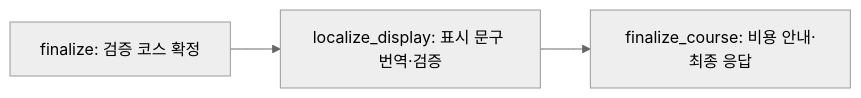
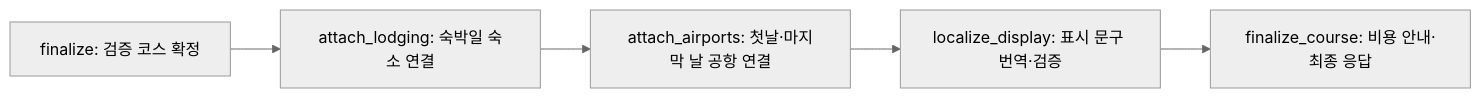
One commit to Software-Maestro-GTA/Yeolo-AI changed the diagram in docs/course-transport.md. Above: the diagram before and after it, drawn with Mermaid (neutral theme). The commit also changed other lines of this file and 1 other file, not shown here.

````diff
--- a/docs/course-transport.md
+++ b/docs/course-transport.md
@@ -97,5 +97,7 @@
 ```mermaid
 flowchart LR
-    finalize[finalize: 검증 코스 확정] --> localize[localize_display: 표시 문구 번역·검증]
+    finalize[finalize: 검증 코스 확정] --> lodging[attach_lodging: 숙박일 숙소 연결]
+    lodging --> airports[attach_airports: 첫날·마지막 날 공항 연결]
+    airports --> localize[localize_display: 표시 문구 번역·검증]
     localize --> complete[finalize_course: 비용 안내·최종 응답]
 ```
````
